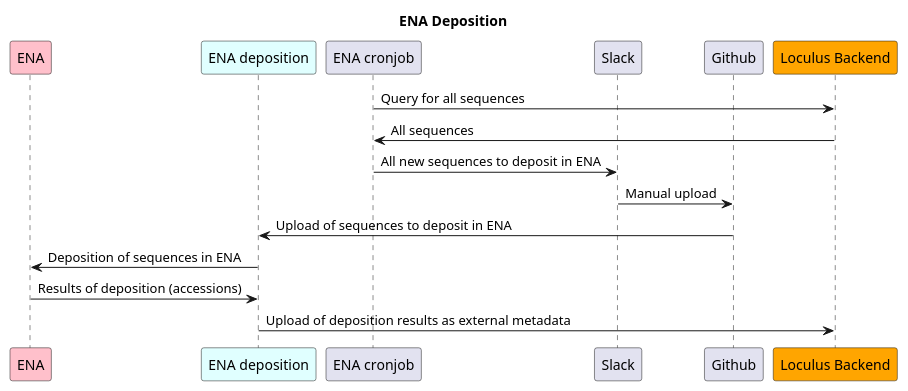
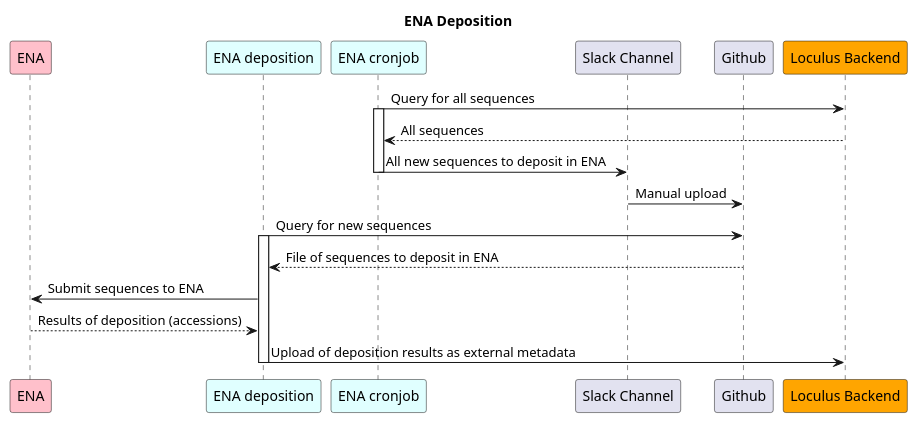
One commit to loculus-project/loculus changed the diagram in architecture_docs/plantuml/06_ena_deposition.puml. Above: the diagram before and after it, drawn with PlantUML. The commit also changed 1 other file, not shown here.

```diff
--- a/architecture_docs/plantuml/06_ena_deposition.puml
+++ b/architecture_docs/plantuml/06_ena_deposition.puml
@@ -1,21 +1,27 @@
 @startuml
 
 title ENA Deposition
 
 participant "ENA" as ena #Pink
 participant "ENA deposition" as deposition #LightCyan
-participant "ENA cronjob" as enacronjob
-participant "Slack" as slack
+participant "ENA cronjob" as enacronjob #LightCyan
+participant "Slack Channel" as slack
 participant "Github" as github
 participant "Loculus Backend" as backend #Orange
 
 enacronjob -> backend: Query for all sequences
-backend -> enacronjob: All sequences
+activate enacronjob
+backend --> enacronjob: All sequences
 enacronjob -> slack: All new sequences to deposit in ENA
+deactivate enacronjob
 slack -> github: Manual upload
-github -> deposition: Upload of sequences to deposit in ENA
-deposition -> ena: Deposition of sequences in ENA
-ena -> deposition: Results of deposition (accessions)
+
+deposition -> github: Query for new sequences
+activate deposition
+github --> deposition: File of sequences to deposit in ENA
+deposition -> ena: Submit sequences to ENA
+ena --> deposition: Results of deposition (accessions)
 deposition -> backend: Upload of deposition results as external metadata
+deactivate deposition
 
 @enduml
```
